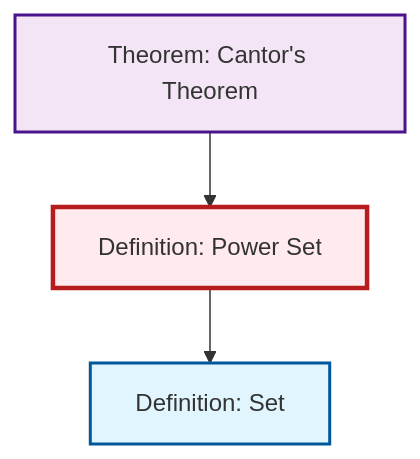
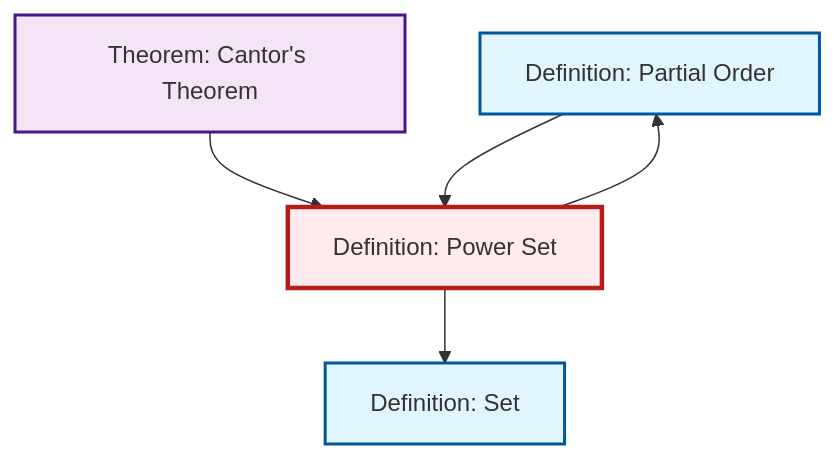
Before and after one commit to RK0429/ModernMath: the second of 2 diagrams in content/en/logic-set-theory/def-power-set.qmd, drawn with Mermaid. The commit also changed other lines of this file and 36 other files, not shown here.

````diff
--- a/content/en/logic-set-theory/def-power-set.qmd
+++ b/content/en/logic-set-theory/def-power-set.qmd
@@ -68,17 +69,21 @@
 ```{mermaid}
 %%| fig-cap: "Local dependency graph"
 graph TD
     classDef definition fill:#e1f5fe,stroke:#01579b,stroke-width:2px
     classDef theorem fill:#f3e5f5,stroke:#4a148c,stroke-width:2px
     classDef axiom fill:#fff3e0,stroke:#e65100,stroke-width:2px
     classDef example fill:#e8f5e9,stroke:#1b5e20,stroke-width:2px
     classDef current fill:#ffebee,stroke:#b71c1c,stroke-width:3px
+    def-partial-order["Definition: Partial Order"]:::definition
     def-power-set["Definition: Power Set"]:::definition
     def-set["Definition: Set"]:::definition
     thm-cantor["Theorem: Cantor's Theorem"]:::theorem
     thm-cantor --> def-power-set
+    def-partial-order --> def-power-set
     def-power-set --> def-set
+    def-power-set --> def-partial-order
     class def-power-set current
+    click def-partial-order "def-partial-order.html" "Go to Partial Order definition"
     click def-set "def-set.html" "Go to Set definition"
     click thm-cantor "thm-cantor.html" "Go to Cantor's Theorem theorem"
 ```
````
